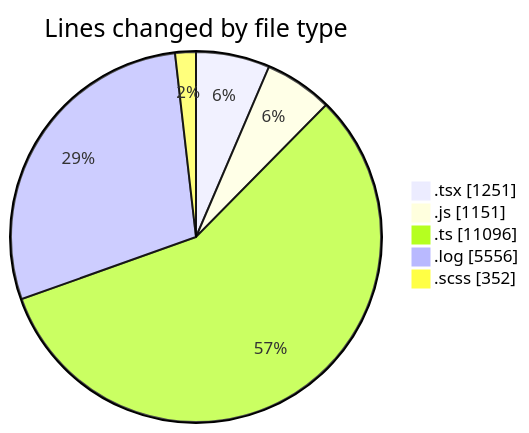
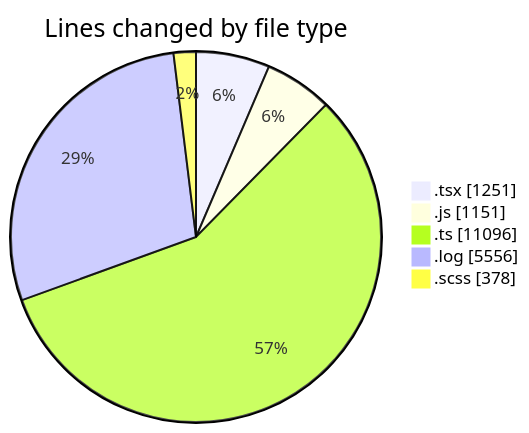
One commit to momahboobian/code-tracking changed the first of 2 diagrams in 2026-04-09/cda/README.md. Above: the diagram before and after it, drawn with Mermaid. The commit also changed other lines of this file and 1 other file, not shown here.

````diff
--- a/2026-04-09/cda/README.md
+++ b/2026-04-09/cda/README.md
@@ -32,9 +32,9 @@
 ```mermaid
 pie showData
 title Lines changed by file type
 ".tsx" : 1251
 ".js" : 1151
 ".ts" : 11096
 ".log" : 5556
-".scss" : 352
+".scss" : 378
 ```
````
